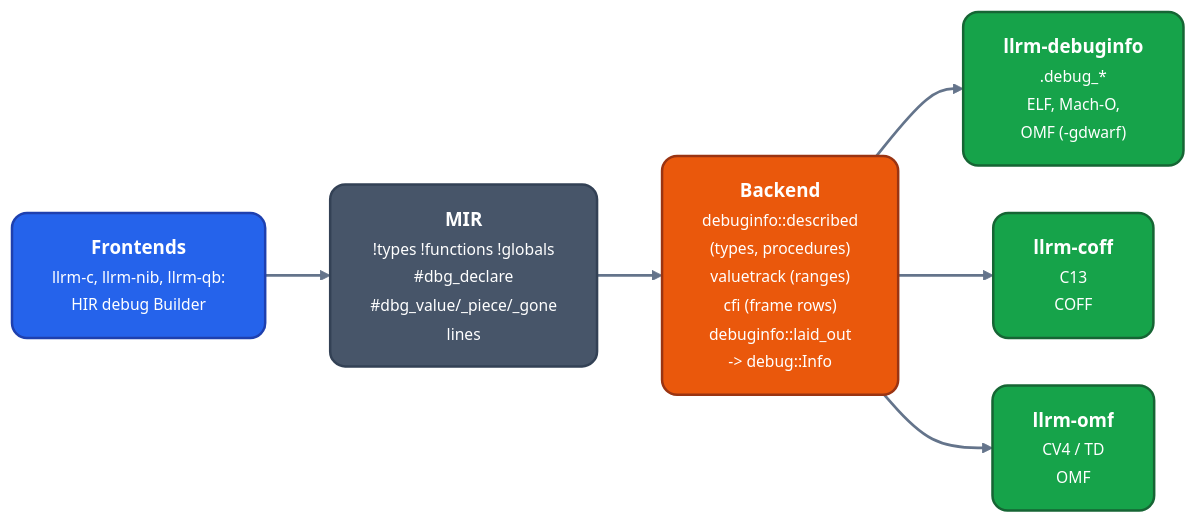
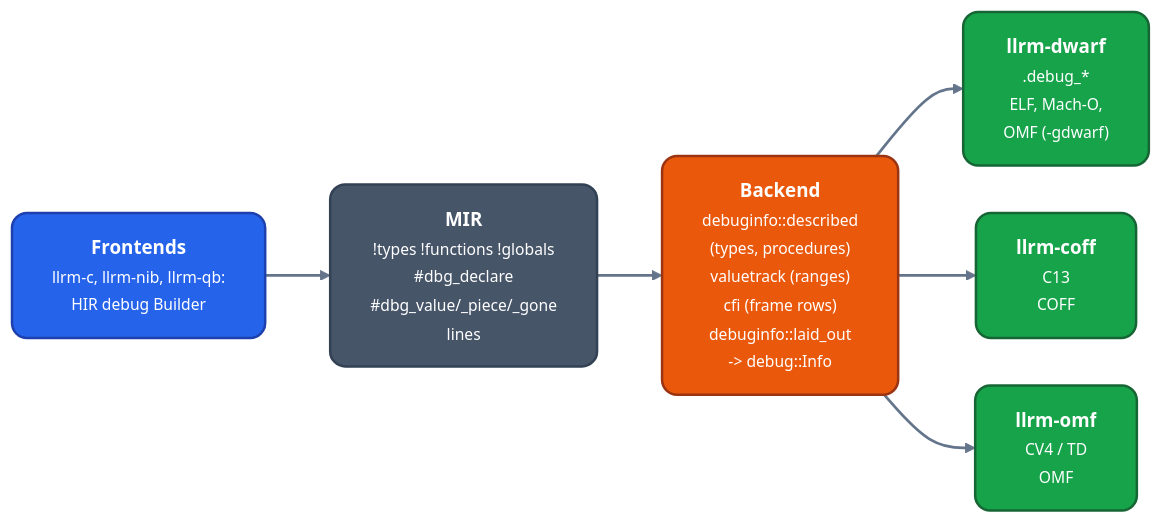
Before and after one commit to ali-mosavian/llrm: the diagram in docs/formats/debug-info.md, drawn with Mermaid. The commit also changed other lines of this file and 41 other files, not shown here.

Commit message:
refactor(debug): llrm-dwarf and llrm-codeview; write_object expands the debug sections once

````diff
--- a/docs/formats/debug-info.md
+++ b/docs/formats/debug-info.md
@@ -6,20 +6,20 @@
 ```mermaid
 %%{init: {'theme':'base','themeVariables':{'fontFamily':'Segoe UI, Helvetica Neue, Arial, DejaVu Sans, sans-serif','fontSize':'15px','primaryColor':'#475569','primaryTextColor':'#ffffff','primaryBorderColor':'#334155','lineColor':'#64748b','secondaryColor':'#475569','tertiaryColor':'transparent','clusterBkg':'transparent','clusterBorder':'#64748b','edgeLabelBackground':'#334155','textColor':'#64748b','titleColor':'#64748b'},'flowchart':{'curve':'basis','nodeSpacing':38,'rankSpacing':52,'padding':16,'wrappingWidth':360,'htmlLabels':true,'useMaxWidth':true}}}%%
 flowchart LR
   classDef src fill:#2563eb,stroke:#1e40af,stroke-width:2px,color:#ffffff,rx:12px,ry:12px
   classDef mid fill:#475569,stroke:#334155,stroke-width:2px,color:#ffffff,rx:12px,ry:12px
   classDef opt fill:#ea580c,stroke:#9a3412,stroke-width:2px,color:#ffffff,rx:12px,ry:12px
   classDef out fill:#16a34a,stroke:#166534,stroke-width:2px,color:#ffffff,rx:12px,ry:12px
   linkStyle default stroke:#64748b,stroke-width:2.2px
   fe["<b>Frontends</b><br/><small>llrm-c, llrm-nib, llrm-qb:<br/>HIR debug Builder</small>"]:::src
   mir["<b>MIR</b><br/><small>!types !functions !globals<br/>#35;dbg_declare<br/>#35;dbg_value/_piece/_gone<br/>lines</small>"]:::mid
   be["<b>Backend</b><br/><small>debuginfo::described<br/>(types, procedures)<br/>valuetrack (ranges)<br/>cfi (frame rows)<br/>debuginfo::laid_out<br/>-#gt; debug::Info</small>"]:::opt
-  dw["<b>llrm-debuginfo</b><br/><small>.debug_*<br/>ELF, Mach-O,<br/>OMF (-gdwarf)</small>"]:::out
+  dw["<b>llrm-dwarf</b><br/><small>.debug_*<br/>ELF, Mach-O,<br/>OMF (-gdwarf)</small>"]:::out
   co["<b>llrm-coff</b><br/><small>C13<br/>COFF</small>"]:::out
   om["<b>llrm-omf</b><br/><small>CV4 / TD<br/>OMF</small>"]:::out
   fe --> mir
   mir --> be
   be --> dw
   be --> co
   be --> om
 ```
````
